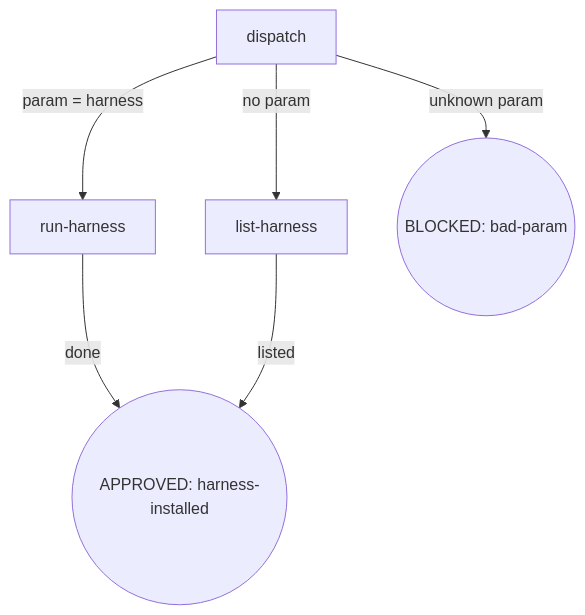
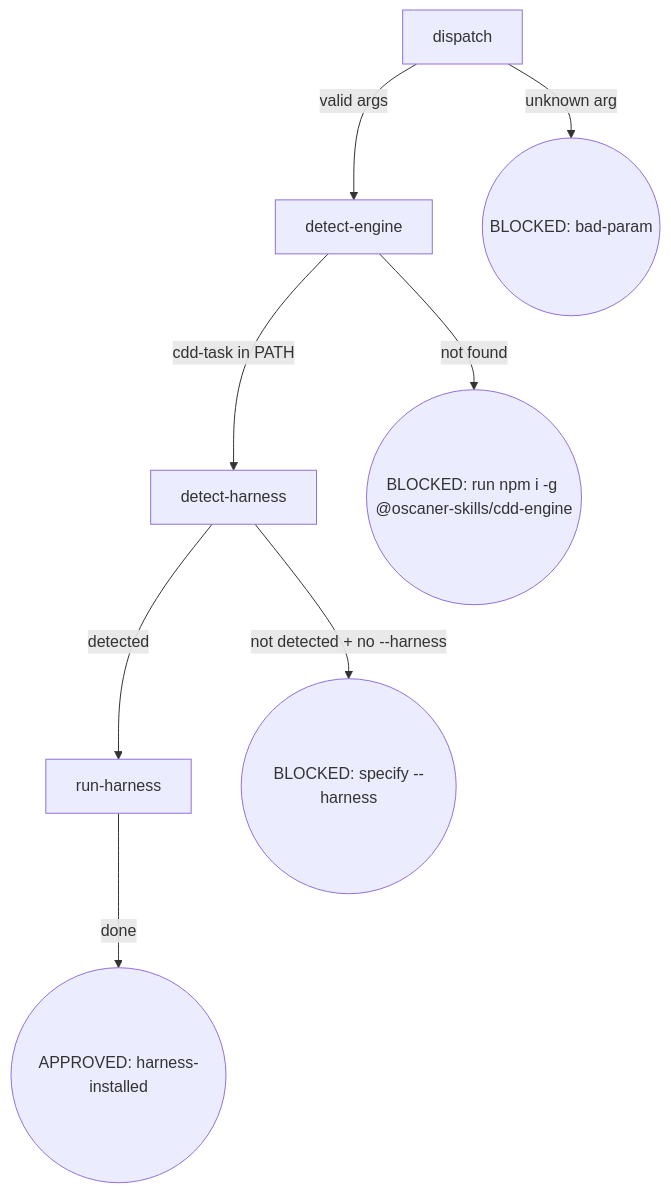
One commit to Oscaner/skills changed the diagram in packages/osuperpowers/skills/init/SKILL.md. Above: the diagram before and after it, drawn with Mermaid. The commit also changed other lines of this file and 38 other files, not shown here.

Commit message:
feat(osuperpowers): CDD task-12 — gate env propagation, prefix/suffix injection, templates restructure, SKILL.md updates + emit

````diff
--- a/packages/osuperpowers/skills/init/SKILL.md
+++ b/packages/osuperpowers/skills/init/SKILL.md
@@ -8,8 +8,10 @@
 ```mermaid
 flowchart TD
-  D[dispatch] -->|param = harness| H[run-harness]
-  D -->|no param| L[list-harness]
-  D -->|unknown param| Z((BLOCKED: bad-param))
-  H -->|done| A((APPROVED: harness-installed))
-  L -->|listed| A
+  D[dispatch] -->|valid args| E[detect-engine]
+  D -->|unknown arg| Z1((BLOCKED: bad-param))
+  E -->|cdd-task in PATH| H[detect-harness]
+  E -->|not found| Z2((BLOCKED: run npm i -g @oscaner-skills/cdd-engine))
+  H -->|detected| R[run-harness]
+  H -->|not detected + no --harness| Z3((BLOCKED: specify --harness))
+  R -->|done| A((APPROVED: harness-installed))
 ```
````
